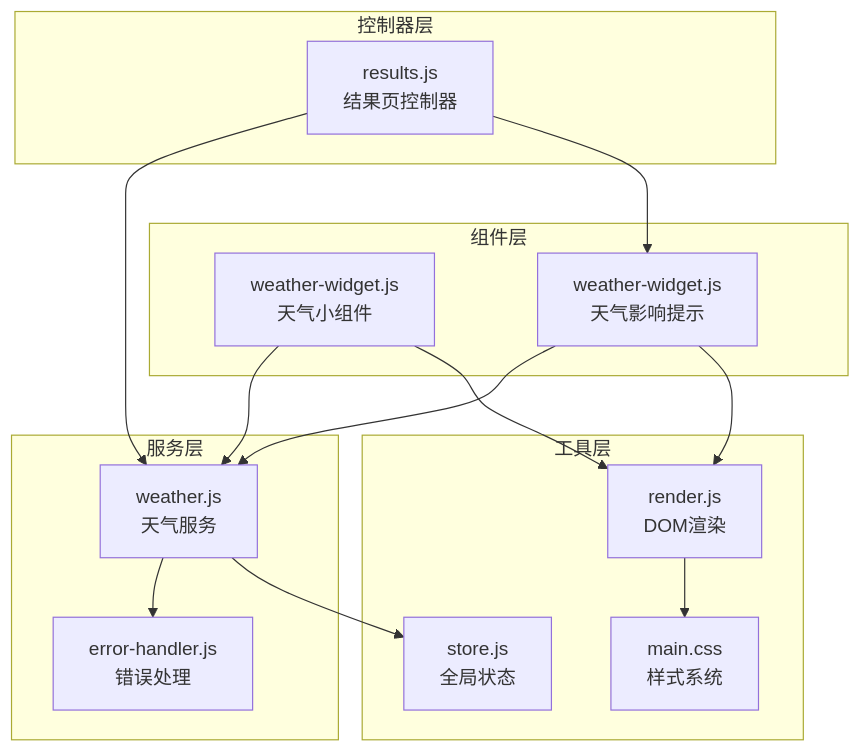
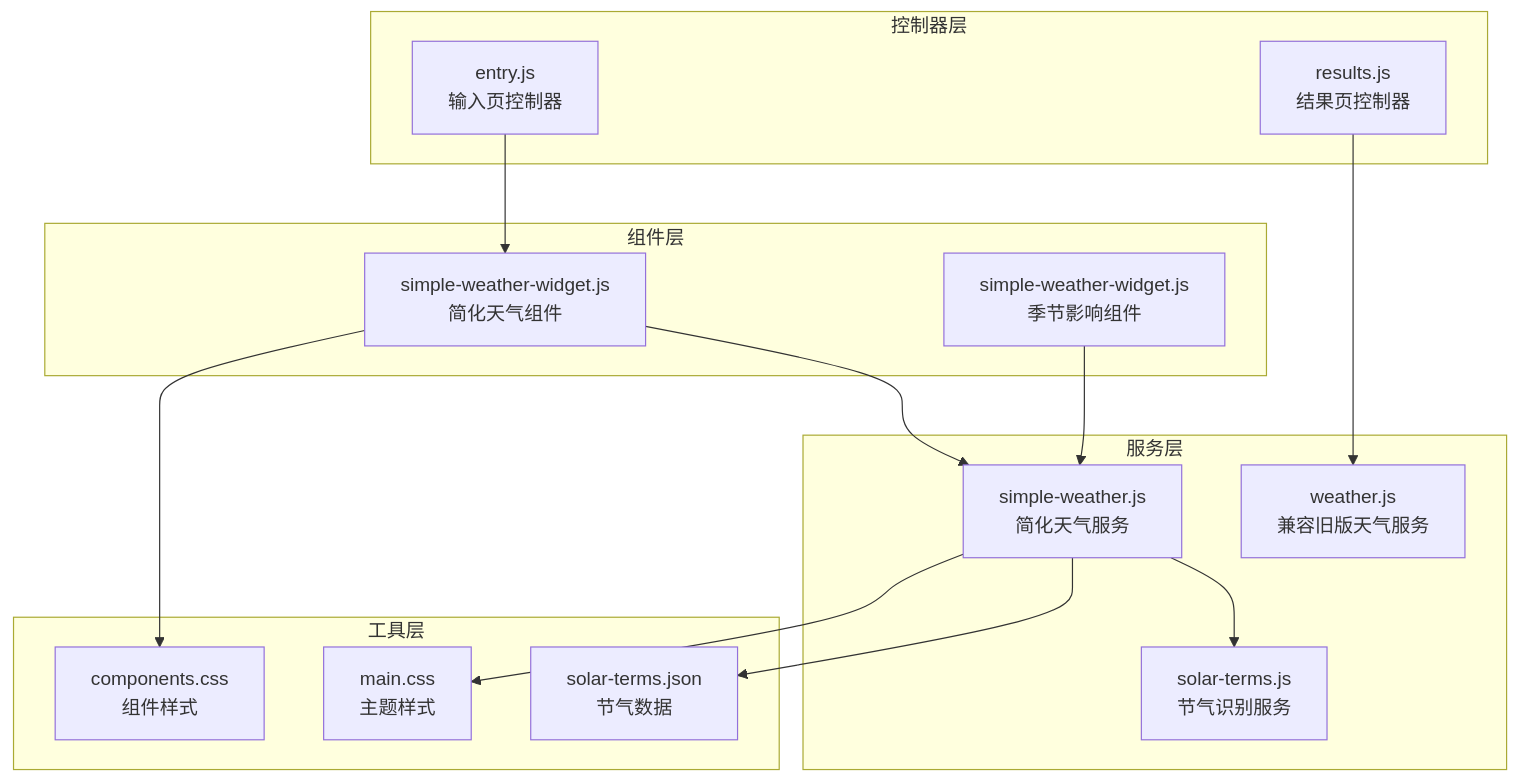
One commit to jeankeim/wuxing-fashion changed the first of 5 diagrams in .qoder/repowiki/zh/content/服务层设计/天气服务模块.md. Above: the diagram before and after it, drawn with Mermaid. The commit also changed other lines of this file and 27 other files, not shown here.

````diff
--- a/.qoder/repowiki/zh/content/服务层设计/天气服务模块.md
+++ b/.qoder/repowiki/zh/content/服务层设计/天气服务模块.md
@@ -44,28 +56,29 @@
 ```mermaid
 graph TB
 subgraph "服务层"
-S1["weather.js<br/>天气服务"]
-S2["error-handler.js<br/>错误处理"]
+S1["simple-weather.js<br/>简化天气服务"]
+S2["solar-terms.js<br/>节气识别服务"]
+S3["weather.js<br/>兼容旧版天气服务"]
 end
 subgraph "组件层"
-C1["weather-widget.js<br/>天气小组件"]
-C2["weather-widget.js<br/>天气影响提示"]
+C1["simple-weather-widget.js<br/>简化天气组件"]
+C2["simple-weather-widget.js<br/>季节影响组件"]
 end
 subgraph "控制器层"
-R1["results.js<br/>结果页控制器"]
+R1["entry.js<br/>输入页控制器"]
+R2["results.js<br/>结果页控制器"]
 end
 subgraph "工具层"
-U1["store.js<br/>全局状态"]
-U2["render.js<br/>DOM渲染"]
-U3["main.css<br/>样式系统"]
+U1["solar-terms.json<br/>节气数据"]
+U2["components.css<br/>组件样式"]
+U3["main.css<br/>主题样式"]
 end
 S1 --> S2
 C1 --> S1
 C2 --> S1
-R1 --> S1
-R1 --> C2
+R1 --> C1
+R2 --> S3
+S1 --> U1
 C1 --> U2
-C2 --> U2
-S1 --> U1
-U2 --> U3
+S1 --> U3
 ```
````
